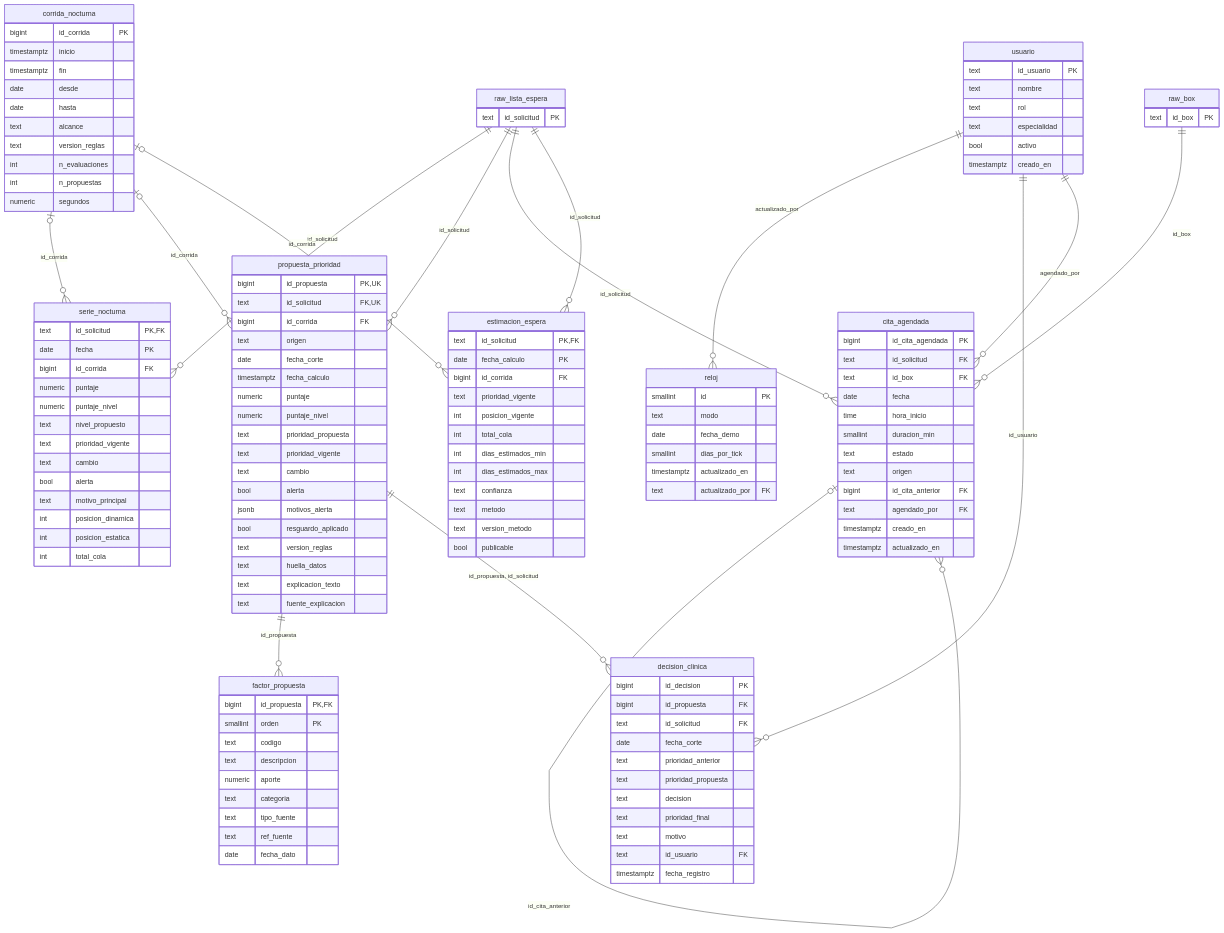
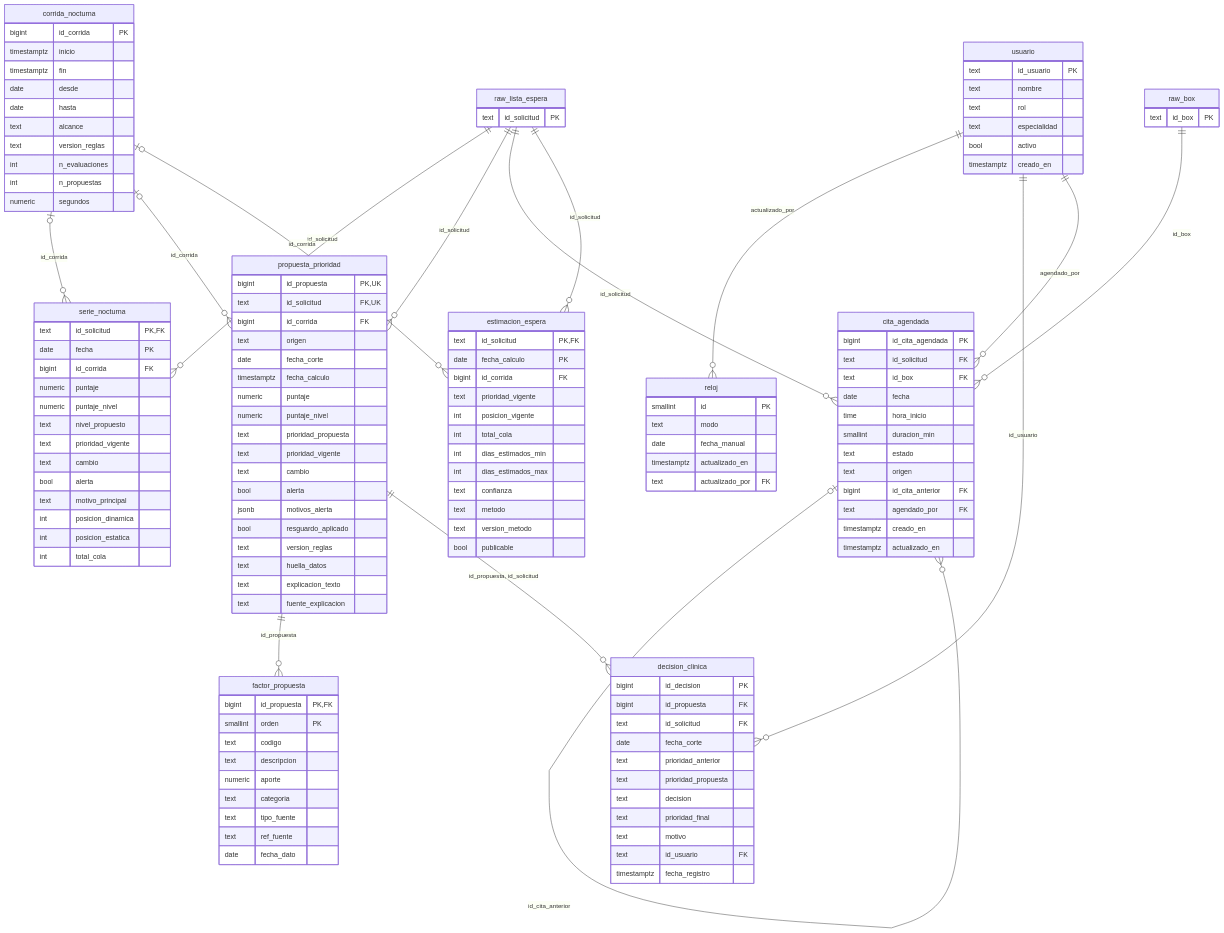
Before and after one commit to patricioespinozaa/AWS-G12: the third of 5 diagrams in docs/feature/F0002-modelo-datos-canales.md, drawn with Mermaid. The commit also changed other lines of this file and 57 other files, not shown here.

```diff
--- a/docs/feature/F0002-modelo-datos-canales.md
+++ b/docs/feature/F0002-modelo-datos-canales.md
@@ -351,8 +351,7 @@
     reloj {
         smallint id PK
         text modo
-        date fecha_demo
-        smallint dias_por_tick
+        date fecha_manual
         timestamptz actualizado_en
         text actualizado_por FK
     }
```
